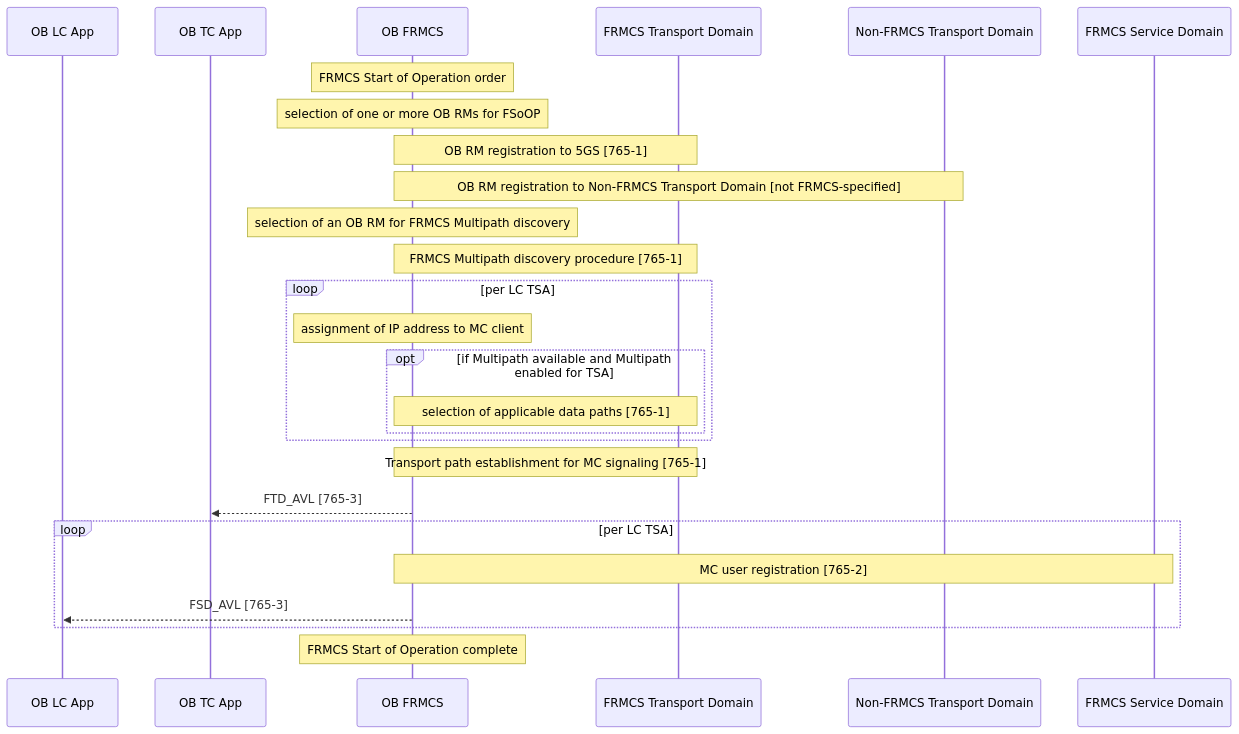
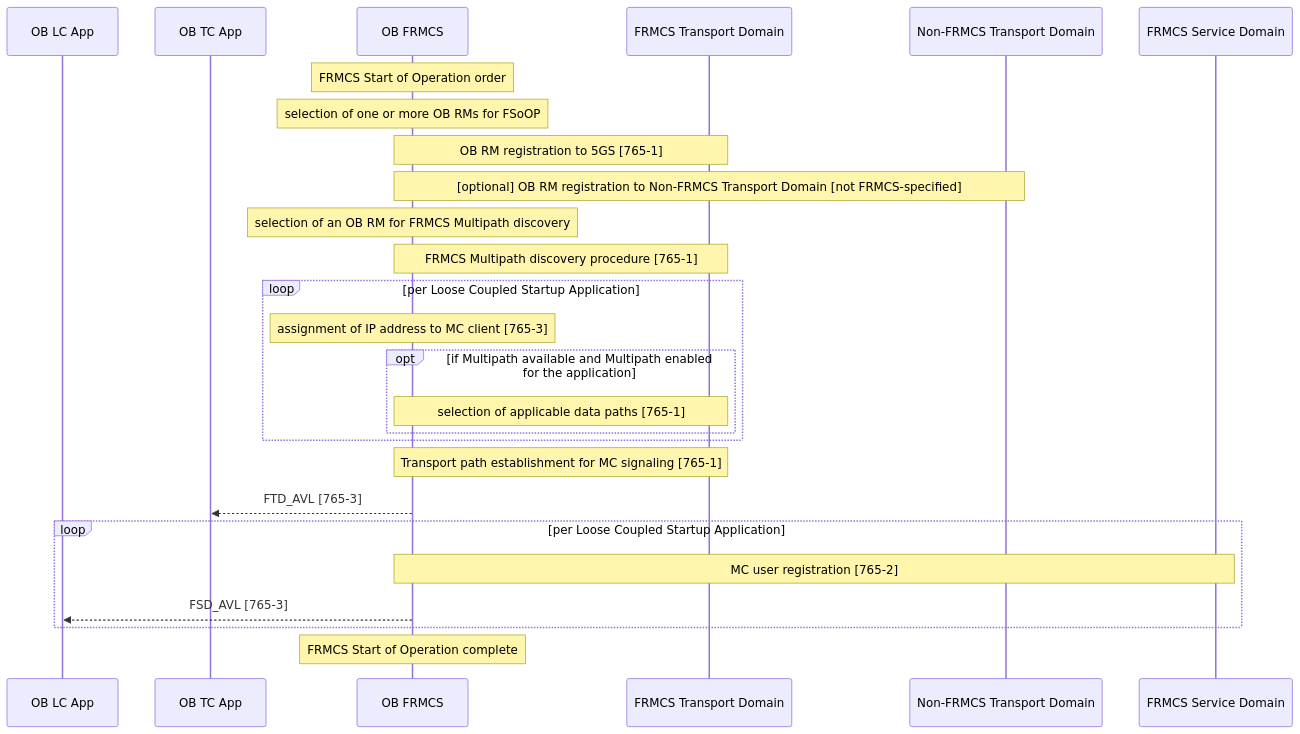
Before and after one commit to UICrail/FRMCSSandbox: the first of 3 diagrams in E2EProcedures/README.md, drawn with Mermaid.

Commit message:
README.md: FSOP high-level procedure corrections following comment in ETSI

````diff
--- a/E2EProcedures/README.md
+++ b/E2EProcedures/README.md
@@ -7,36 +7,36 @@
 ```mermaid
 
 sequenceDiagram
 participant AL as OB LC App
 participant AT as OB TC App
 participant O as OB FRMCS
 participant FTD as FRMCS Transport Domain
 participant NFTD as Non-FRMCS Transport Domain
 participant FSD as FRMCS Service Domain
 
 Note over O: FRMCS Start of Operation order
 
 Note over O: selection of one or more OB RMs for FSoOP
 Note over O, FTD: OB RM registration to 5GS [765-1]
-Note over O, NFTD: OB RM registration to Non-FRMCS Transport Domain [not FRMCS-specified]
+Note over O, NFTD: [optional] OB RM registration to Non-FRMCS Transport Domain [not FRMCS-specified]
 
 Note over O: selection of an OB RM for FRMCS Multipath discovery
 Note over O, FTD: FRMCS Multipath discovery procedure [765-1]
 
-loop per LC TSA
-  Note over O: assignment of IP address to MC client
-  opt if Multipath available and Multipath enabled for TSA
+loop per Loose Coupled Startup Application
+  Note over O: assignment of IP address to MC client [765-3]
+  opt if Multipath available and Multipath enabled for the application
     Note over O, FTD: selection of applicable data paths [765-1]
   end
 end
 
 Note over O, FTD: Transport path establishment for MC signaling [765-1]
 O -->> AT:  FTD_AVL  [765-3]
 
-loop per LC TSA
+loop per Loose Coupled Startup Application
   Note over O, FSD: MC user registration  [765-2]
   O -->> AL:  FSD_AVL [765-3]
 end
 
 Note over O: FRMCS Start of Operation complete
 ```
````
